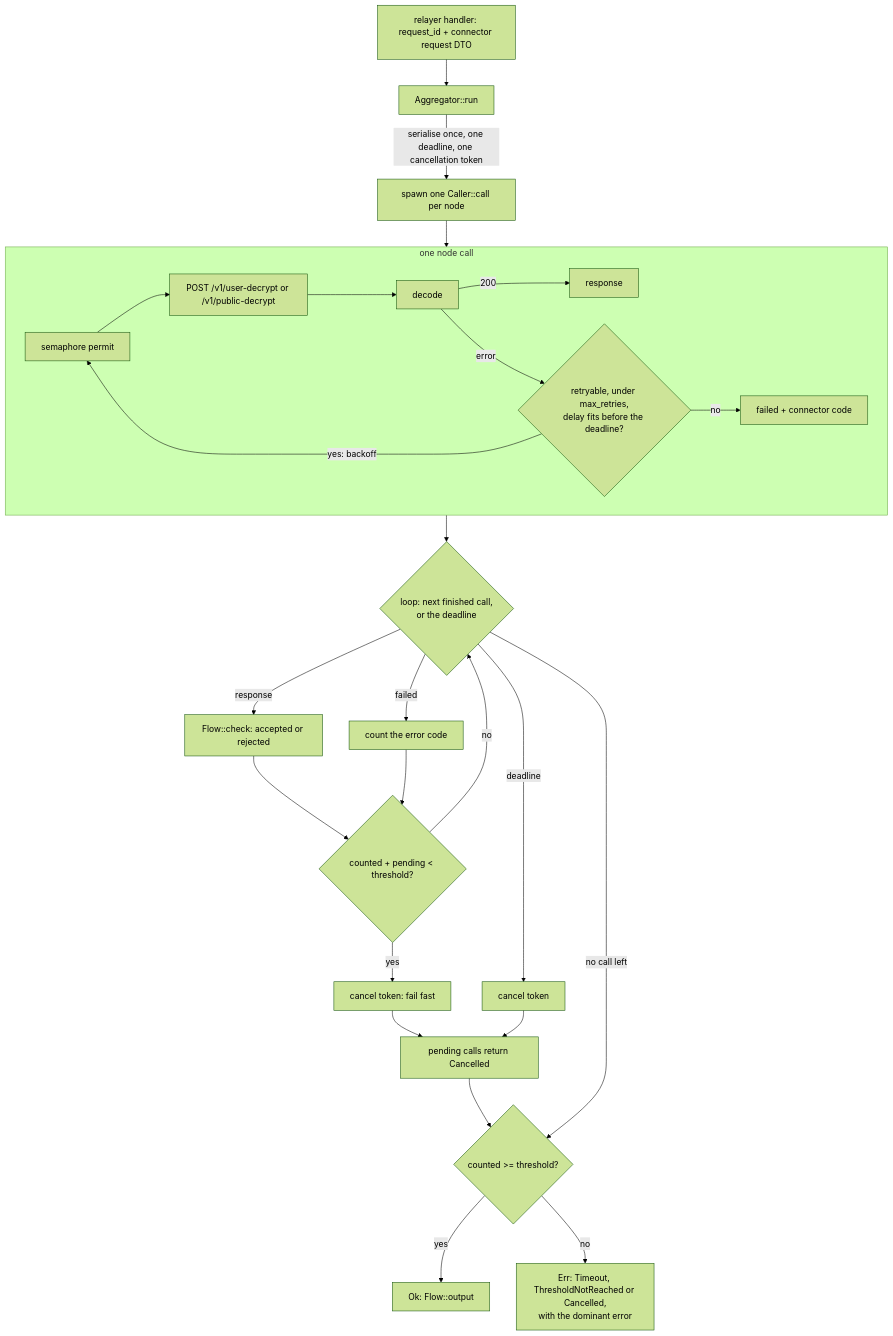
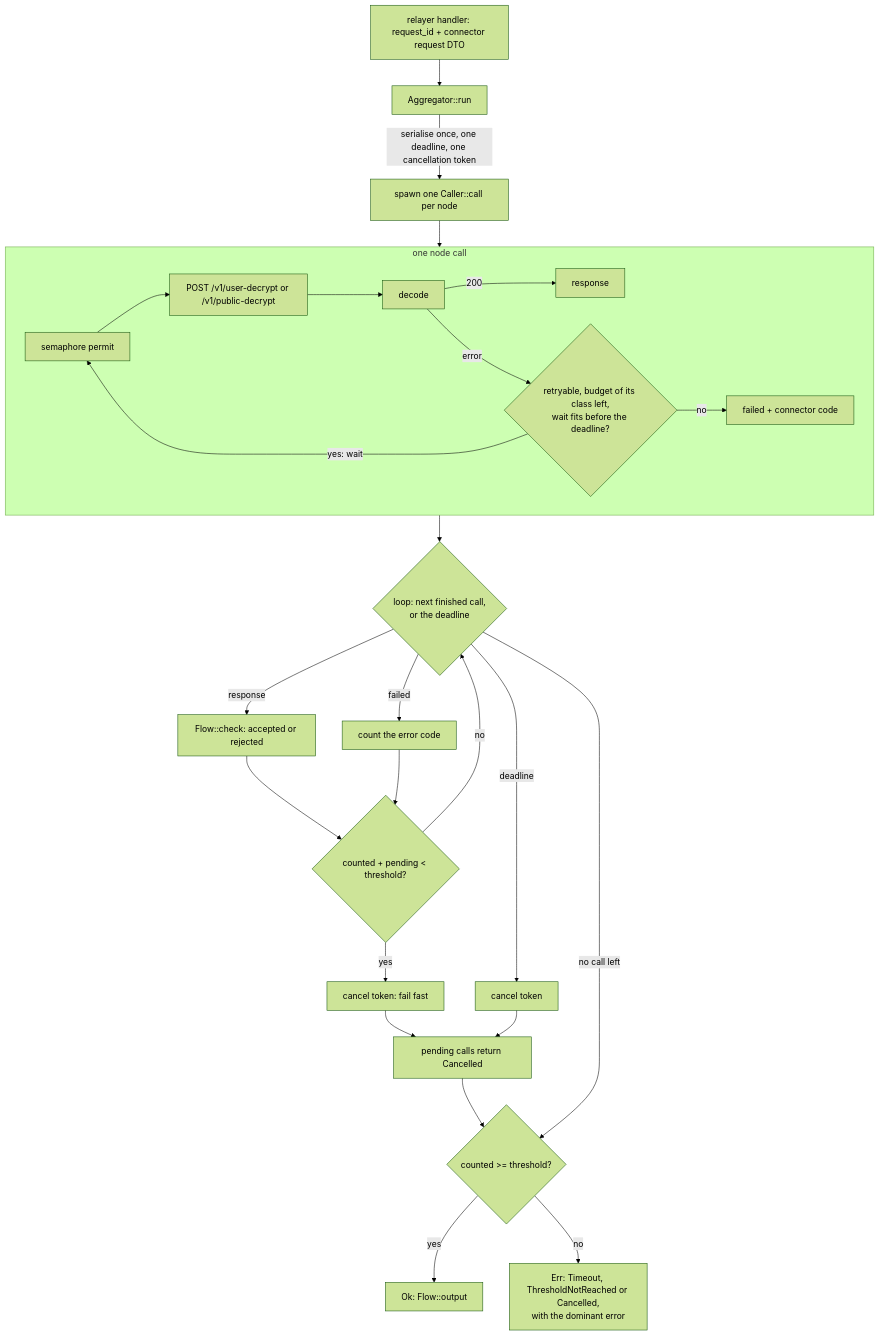
Before and after one commit to zama-ai/fhevm: the first of 3 diagrams in relayer-http/crates/relayer-http/src/kms_aggregator/docs.md, drawn with Mermaid (forest theme). The commit also changed other lines of this file and 6 other files, not shown here.

````diff
--- a/relayer-http/crates/relayer-http/src/kms_aggregator/docs.md
+++ b/relayer-http/crates/relayer-http/src/kms_aggregator/docs.md
@@ -18,25 +18,25 @@
 ```mermaid
 flowchart TB
   H[relayer handler: request_id + connector request DTO] --> A[Aggregator::run]
   A -->|serialise once, one deadline, one cancellation token| S[spawn one Caller::call per node]
   subgraph CALL[one node call]
     P[semaphore permit] --> Q[POST /v1/user-decrypt or /v1/public-decrypt] --> D[decode]
     D -->|200| OK[response]
-    D -->|error| R{retryable, under max_retries,<br/>delay fits before the deadline?}
-    R -->|yes: backoff| P
+    D -->|error| R{retryable, budget of its class left,<br/>wait fits before the deadline?}
+    R -->|yes: wait| P
     R -->|no| F[failed + connector code]
   end
   S --> CALL
   CALL --> L{loop: next finished call,<br/>or the deadline}
   L -->|response| C[Flow::check: accepted or rejected]
   L -->|failed| E[count the error code]
   C & E --> FF{"counted + pending < threshold?"}
   FF -->|yes| X[cancel token: fail fast]
   FF -->|no| L
   L -->|deadline| X2[cancel token]
   X & X2 --> DR[pending calls return Cancelled]
   DR --> V{"counted >= threshold?"}
   L -->|no call left| V
   V -->|yes| O[Ok: Flow::output]
   V -->|no| ERR[Err: Timeout, ThresholdNotReached or Cancelled,<br/>with the dominant error]
 ```
````
